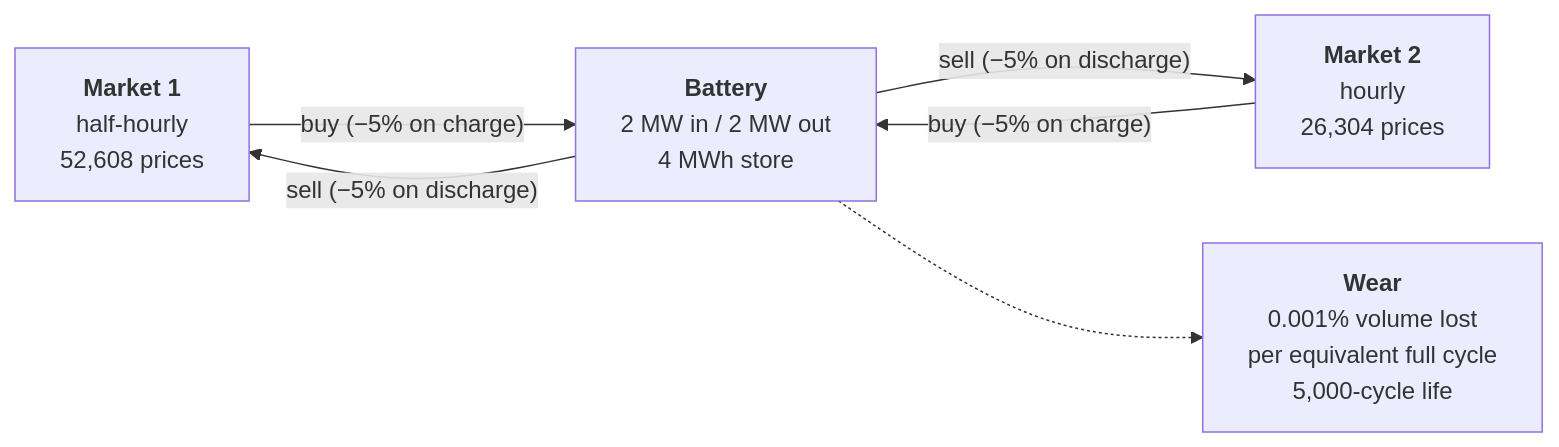
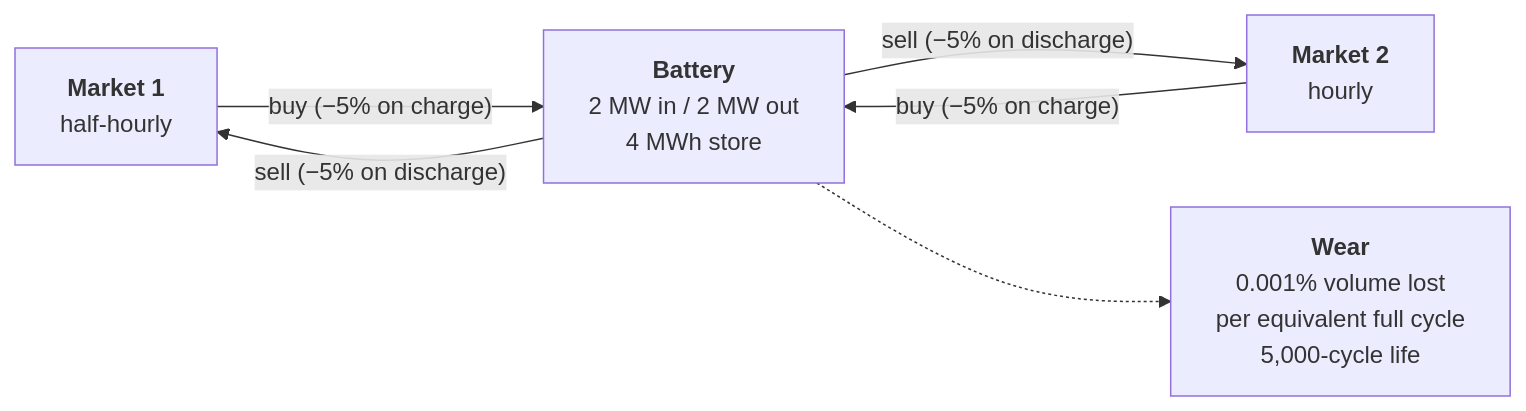
Before and after one commit to GuilhermePFM/BatteryDispatchModel: the second of 3 diagrams in README.md, drawn with Mermaid. The commit also changed other lines of this file and 86 other files, not shown here.

````diff
--- a/README.md
+++ b/README.md
@@ -111,13 +102,13 @@
 ```mermaid
 flowchart LR
-    M1["<b>Market 1</b><br/>half-hourly<br/>52,608 prices"]
-    M2["<b>Market 2</b><br/>hourly<br/>26,304 prices"]
+    M1["<b>Market 1</b><br/>half-hourly"]
+    M2["<b>Market 2</b><br/>hourly"]
     B["<b>Battery</b><br/>2 MW in / 2 MW out<br/>4 MWh store"]
 
     M1 -- "buy (−5% on charge)" --> B
     M2 -- "buy (−5% on charge)" --> B
     B -- "sell (−5% on discharge)" --> M1
     B -- "sell (−5% on discharge)" --> M2
 
     B -.-> D["<b>Wear</b><br/>0.001% volume lost<br/>per equivalent full cycle<br/>5,000-cycle life"]
 ```
````
